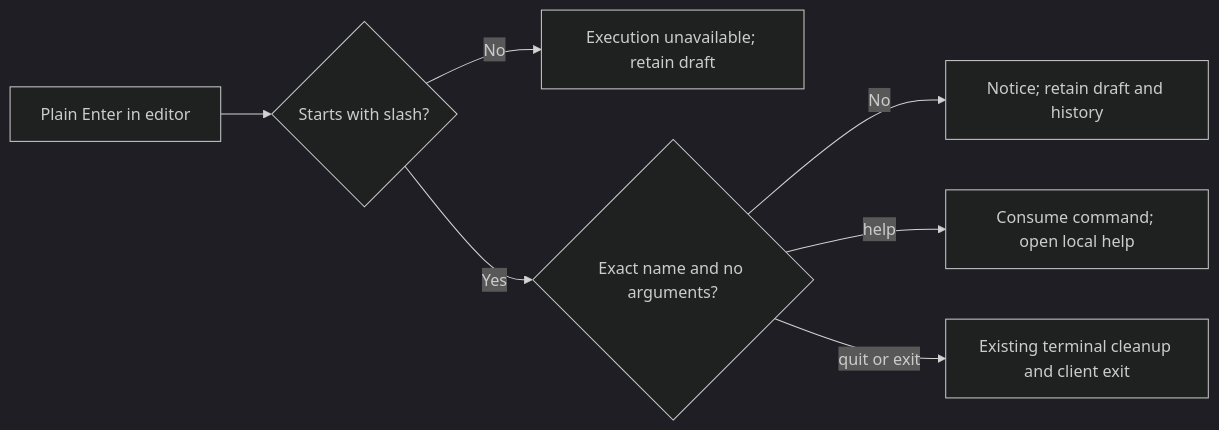
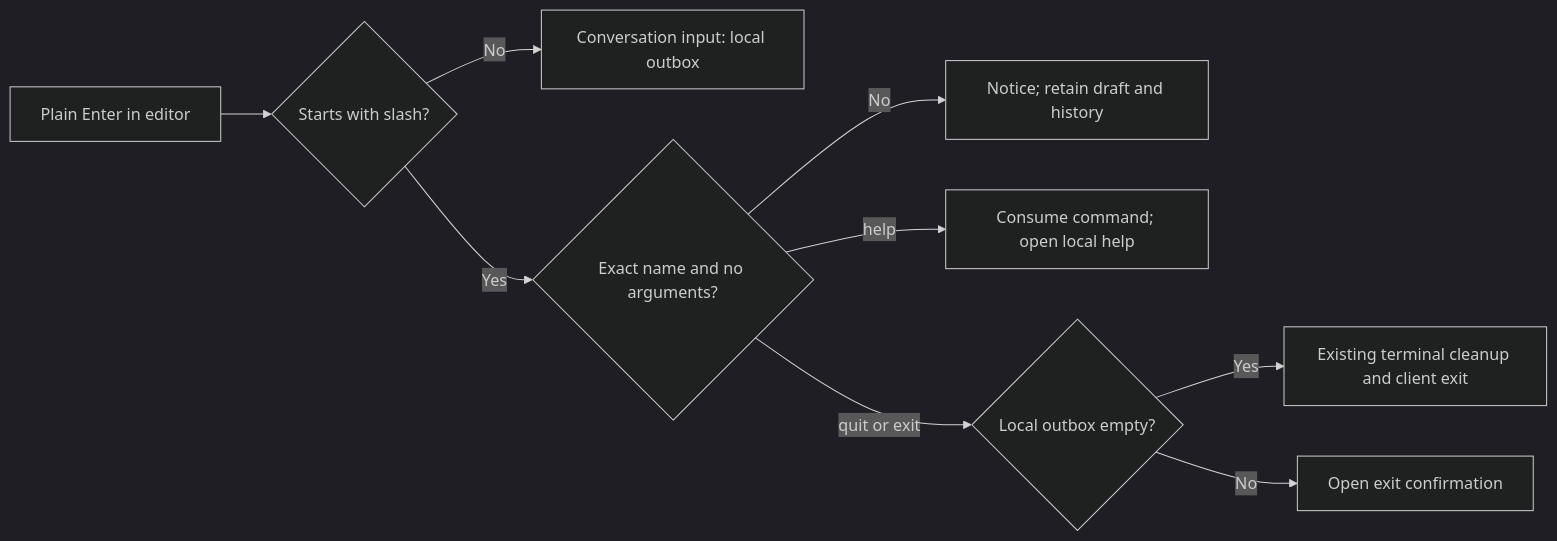
One commit to pidster/asura changed the fourth of 12 diagrams in docs/designs/early-production-status-slice.md. Above: the diagram before and after it, drawn with Mermaid (dark theme). The commit also changed other lines of this file and 29 other files, not shown here.

````diff
--- a/docs/designs/early-production-status-slice.md
+++ b/docs/designs/early-production-status-slice.md
@@ -236,9 +245,11 @@
 ```mermaid
 flowchart LR
     Enter[Plain Enter in editor] --> Slash{Starts with slash?}
-    Slash -->|No| Draft[Execution unavailable; retain draft]
+    Slash -->|No| Draft[Conversation input: local outbox]
     Slash -->|Yes| Parse{Exact name and no arguments?}
     Parse -->|No| Error[Notice; retain draft and history]
     Parse -->|help| Help[Consume command; open local help]
-    Parse -->|quit or exit| Exit[Existing terminal cleanup and client exit]
+    Parse -->|quit or exit| Outbox{Local outbox empty?}
+    Outbox -->|Yes| Exit[Existing terminal cleanup and client exit]
+    Outbox -->|No| Confirm[Open exit confirmation]
 ```
````
